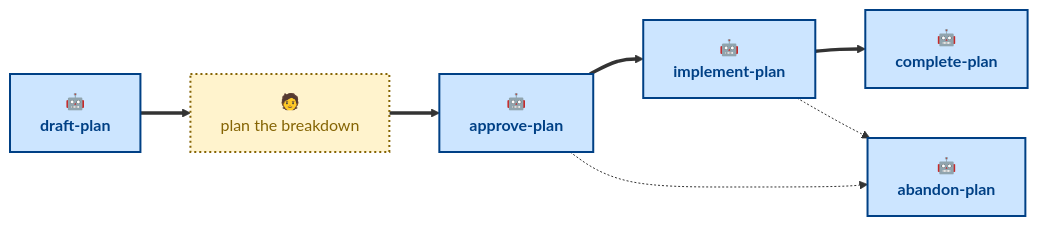
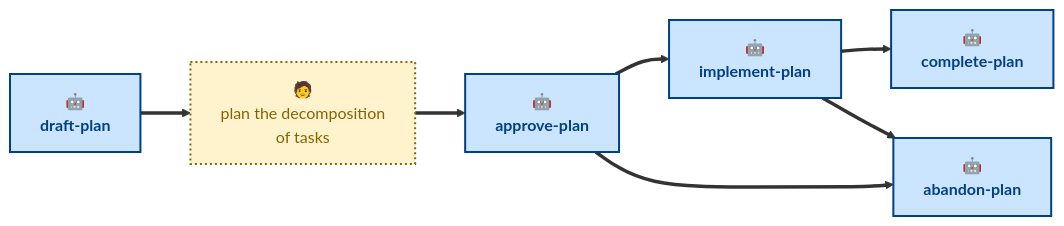
One commit to kieranpotts/plans changed the diagram in .agents/skills/README.md. Above: the diagram before and after it, drawn with Mermaid. The commit also changed other lines of this file and 5 other files, not shown here.

````diff
--- a/.agents/skills/README.md
+++ b/.agents/skills/README.md
@@ -30,20 +32,20 @@
 ```mermaid
 flowchart LR
   draft["🤖<br/><b>draft-plan</b>"]:::agentic
-  write["🧑<br/>plan the breakdown"]:::anthropic
+  write["🧑<br/>plan the decomposition<br/>of tasks"]:::anthropic
   approve["🤖<br/><b>approve-plan</b>"]:::agentic
   implement["🤖<br/><b>implement-plan</b>"]:::agentic
   complete["🤖<br/><b>complete-plan</b>"]:::agentic
   abandon["🤖<br/><b>abandon-plan</b>"]:::agentic
 
   draft ==> write
   write ==> approve
   approve ==> implement
   implement ==> complete
-  approve -.-> abandon
-  implement -.-> abandon
+  approve ==> abandon
+  implement ==> abandon
 
   classDef agentic fill:#cce5ff,stroke:#004085,color:#004085,stroke-width:2px
   classDef scripted fill:#e2e3e5,stroke:#4b5157,color:#383d41,stroke-width:2px
   classDef anthropic fill:#fff3cd,stroke:#856404,color:#856404,stroke-width:2px,stroke-dasharray:2 3
 ```
````
